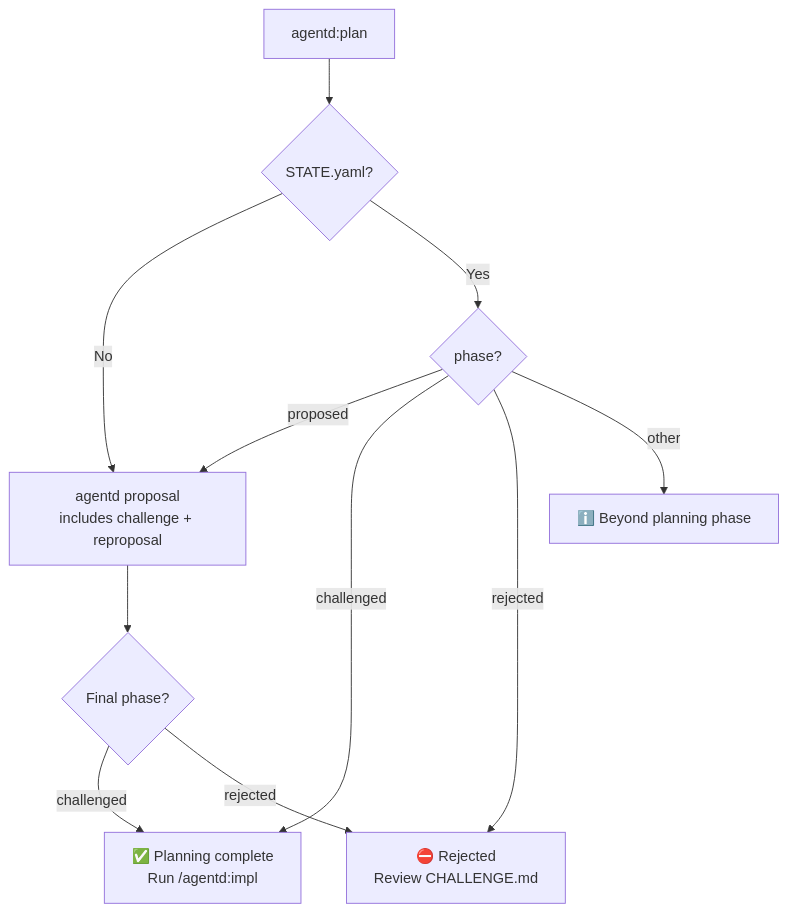
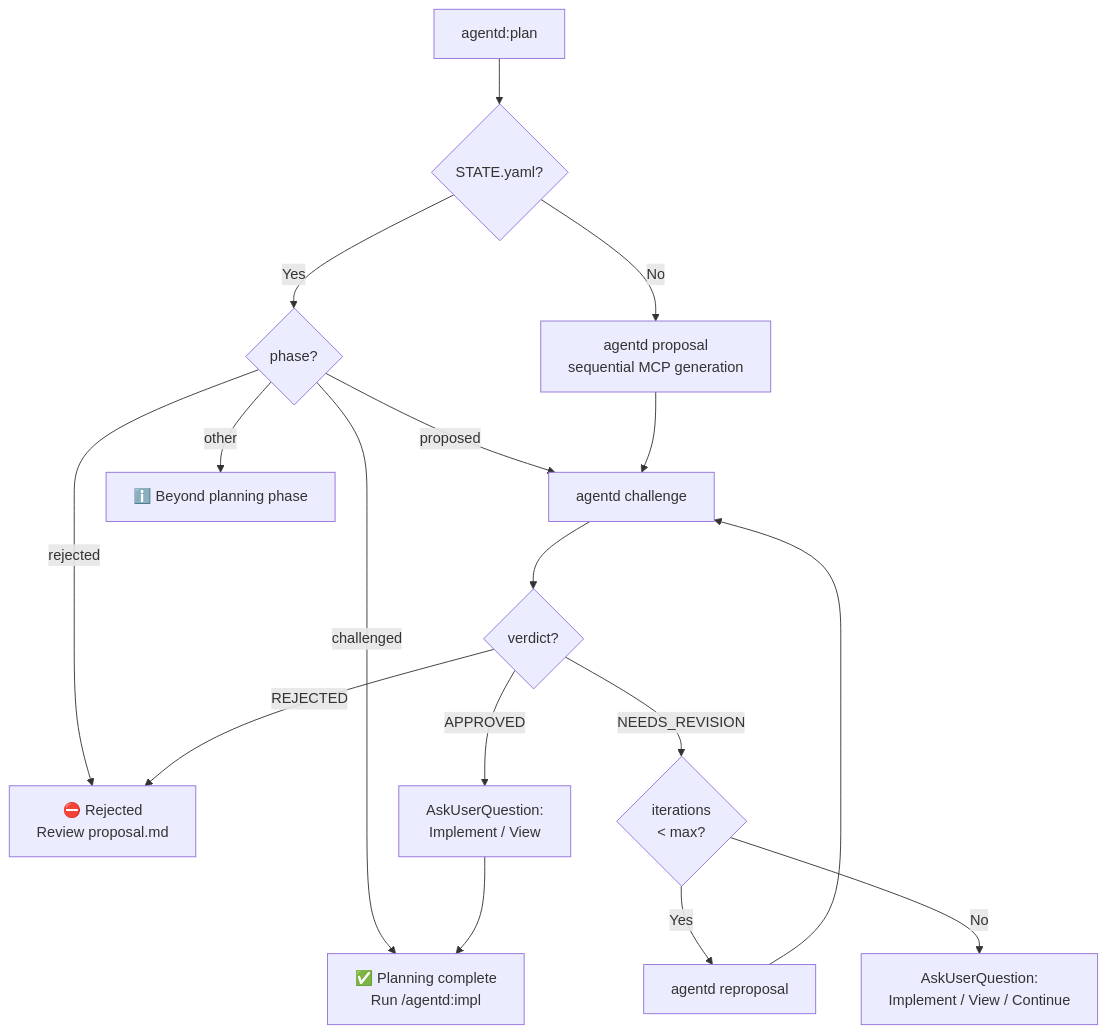
One commit to chrischeng-c4/agentd changed the second of 4 diagrams in agentd/specs/workflows.md. Above: the diagram before and after it, drawn with Mermaid. The commit also changed other lines of this file and 18 other files, not shown here.

First line of the commit message:
refactor: remove HITL mode, use AskUserQuestion for workflow decisions

````diff
--- a/agentd/specs/workflows.md
+++ b/agentd/specs/workflows.md
@@ -77,15 +98,21 @@
 ```mermaid
 graph TD
     Start[agentd:plan] --> CheckState{STATE.yaml?}
-    CheckState -- No --> Proposal[agentd proposal<br/>includes challenge + reproposal]
+    CheckState -- No --> Proposal[agentd proposal<br/>sequential MCP generation]
     CheckState -- Yes --> Phase{phase?}
 
-    Phase -- proposed --> Proposal
+    Phase -- proposed --> Challenge[agentd challenge]
     Phase -- challenged --> Done[✅ Planning complete<br/>Run /agentd:impl]
-    Phase -- rejected --> Rejected[⛔ Rejected<br/>Review CHALLENGE.md]
+    Phase -- rejected --> Rejected[⛔ Rejected<br/>Review proposal.md]
     Phase -- other --> Beyond[ℹ️ Beyond planning phase]
 
-    Proposal --> FinalPhase{Final phase?}
-    FinalPhase -- challenged --> Done
-    FinalPhase -- rejected --> Rejected
+    Proposal --> Challenge
+    Challenge --> Verdict{verdict?}
+    Verdict -- APPROVED --> AskUser[AskUserQuestion:<br/>Implement / View]
+    Verdict -- NEEDS_REVISION --> CheckIter{iterations<br/>< max?}
+    Verdict -- REJECTED --> Rejected
+    CheckIter -- Yes --> Reproposal[agentd reproposal]
+    CheckIter -- No --> AskUserMinor[AskUserQuestion:<br/>Implement / View / Continue]
+    Reproposal --> Challenge
+    AskUser --> Done
 ```
````
